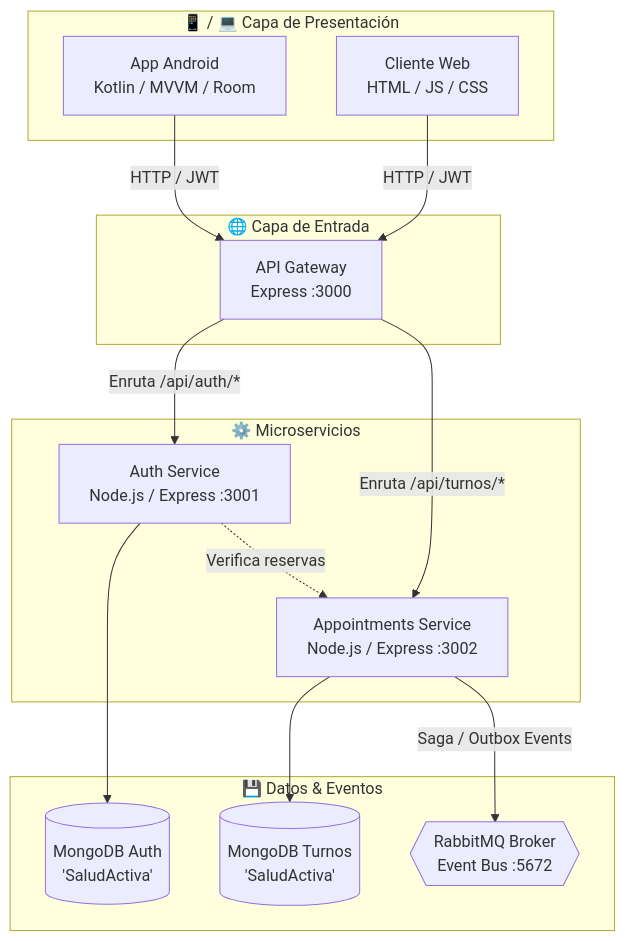
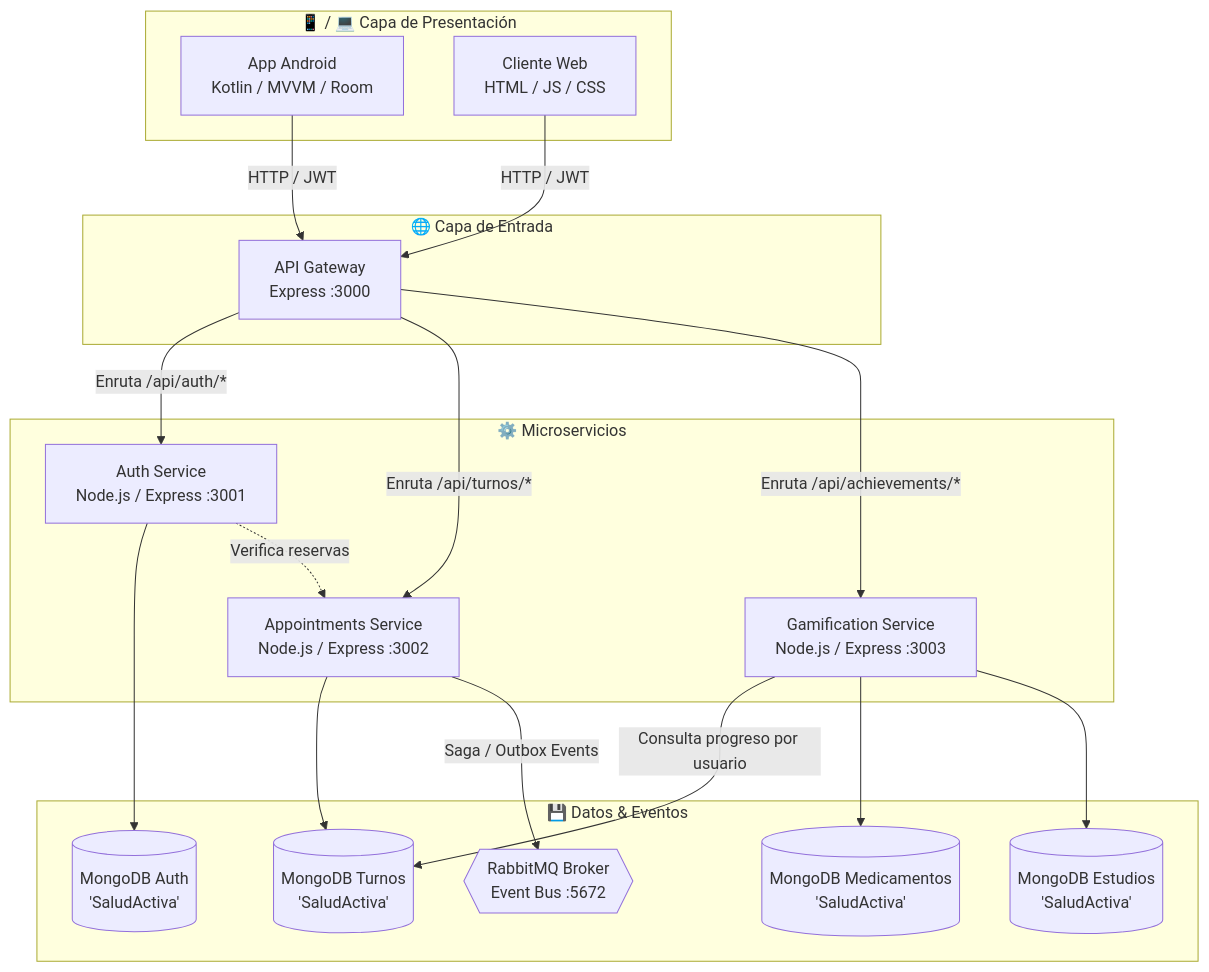
One commit to code-corhuila/appt-mgmt-gamification-api changed the diagram in README.md. Above: the diagram before and after it, drawn with Mermaid. The commit also changed other lines of this file and 12 other files, not shown here.

Commit message:
feat(gamification): implement HU-015 achievements

````diff
--- a/README.md
+++ b/README.md
@@ -11,34 +11,41 @@
 ```mermaid
 flowchart TD
     subgraph Clientes ["📱 / 💻 Capa de Presentación"]
         AND[App Android<br/>Kotlin / MVVM / Room]
         WEB[Cliente Web<br/>HTML / JS / CSS]
     end
 
     subgraph Gateway ["🌐 Capa de Entrada"]
         GW[API Gateway<br/>Express :3000]
     end
 
     subgraph Servicios ["⚙️ Microservicios"]
         AUTH[Auth Service<br/>Node.js / Express :3001]
         APP[Appointments Service<br/>Node.js / Express :3002]
+        GAME[Gamification Service<br/>Node.js / Express :3003]
     end
 
     subgraph Persistencia ["💾 Datos & Eventos"]
         MDB_AUTH[(MongoDB Auth<br/>'SaludActiva')]
-        MDB_APP[(MongoDB Turnos<br/>'SaludActiva')]
+        MDB_TURNOS[(MongoDB Turnos<br/>'SaludActiva')]
+        MDB_MED[(MongoDB Medicamentos<br/>'SaludActiva')]
+        MDB_STUDY[(MongoDB Estudios<br/>'SaludActiva')]
         RMQ{{RabbitMQ Broker<br/>Event Bus :5672}}
     end
 
     AND -->|HTTP / JWT| GW
     WEB -->|HTTP / JWT| GW
 
     GW -->|Enruta /api/auth/*| AUTH
     GW -->|Enruta /api/turnos/*| APP
+    GW -->|Enruta /api/achievements/*| GAME
 
     AUTH --> MDB_AUTH
-    APP --> MDB_APP
+    APP --> MDB_TURNOS
+    GAME -->|Consulta progreso por usuario| MDB_TURNOS
+    GAME --> MDB_MED
+    GAME --> MDB_STUDY
 
     APP -->|Saga / Outbox Events| RMQ
     AUTH -.->|Verifica reservas| APP
 ```
````
